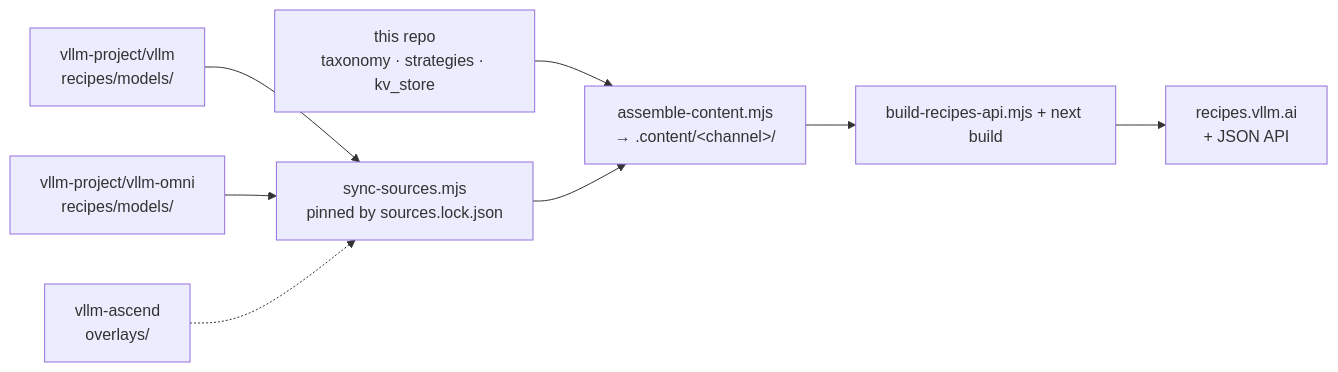
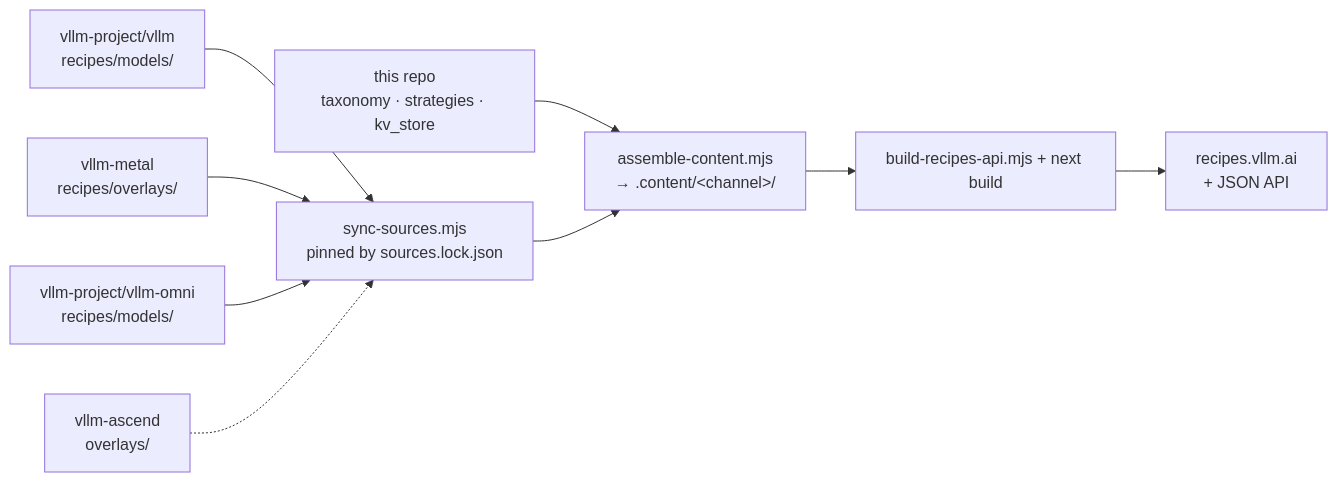
One commit to vllm-project/recipes changed the diagram in README.md. Above: the diagram before and after it, drawn with Mermaid. The commit also changed other lines of this file and 10 other files, not shown here.

````diff
--- a/README.md
+++ b/README.md
@@ -127,9 +127,10 @@
 ```mermaid
 flowchart LR
   vllm["vllm-project/vllm<br/>recipes/models/"] --> sync
+  metal["vllm-metal<br/>recipes/overlays/"] --> sync
   omni["vllm-project/vllm-omni<br/>recipes/models/"] --> sync
   ascend["vllm-ascend<br/>overlays/"] -.-> sync
   self["this repo<br/>taxonomy · strategies · kv_store"] --> assemble
   sync["sync-sources.mjs<br/>pinned by sources.lock.json"] --> assemble["assemble-content.mjs<br/>→ .content/&lt;channel&gt;/"]
   assemble --> build["build-recipes-api.mjs + next build"] --> site["recipes.vllm.ai<br/>+ JSON API"]
 ```
````
